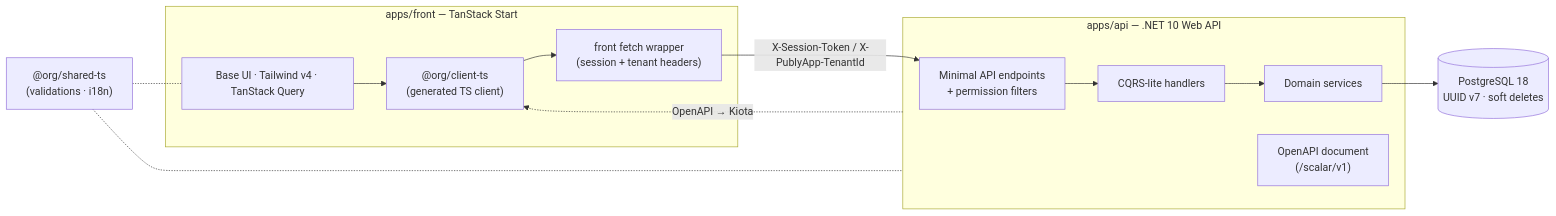
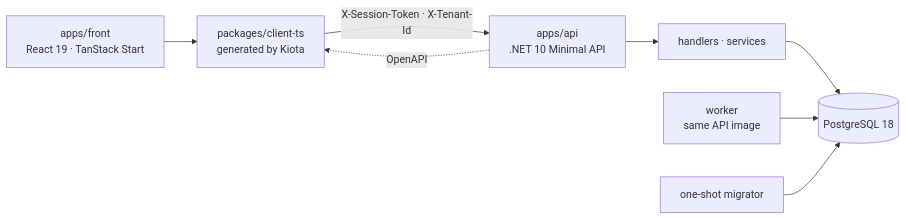
Before and after one commit to PublyApp/publyapp: the diagram in README.md, drawn with Mermaid. The commit also changed other lines of this file and 2 other files, not shown here.

First line of the commit message:
docs: revamp README for the Apache-2.0 open core (#2072)

````diff
--- a/README.md
+++ b/README.md
@@ -91,24 +108,17 @@
 ```mermaid
 flowchart LR
-    subgraph Client["apps/front — TanStack Start"]
-        UI["Base UI · Tailwind v4 · TanStack Query"]
-        TSClient["@org/client-ts\n(generated TS client)"]
-        FetchWrapper["front fetch wrapper\n(session + tenant headers)"]
-    end
+    Browser["apps/front<br/>React 19 · TanStack Start"]
+    Client["packages/client-ts<br/>generated by Kiota"]
+    API["apps/api<br/>.NET 10 Minimal API"]
+    Handlers["handlers · services"]
+    DB[("PostgreSQL 18")]
+    Worker["worker<br/>same API image"]
+    Migrator["one-shot migrator"]
 
-    subgraph Server["apps/api — .NET 10 Web API"]
-        Endpoints["Minimal API endpoints\n+ permission filters"]
-        Handlers["CQRS-lite handlers"]
-        Services["Domain services"]
-        OpenAPI["OpenAPI document\n(/scalar/v1)"]
-    end
-
-    DB[("PostgreSQL 18\nUUID v7 · soft deletes")]
-    Shared["@org/shared-ts\n(validations · i18n)"]
-
-    UI --> TSClient --> FetchWrapper -->|X-Session-Token / X-PublyApp-TenantId| Endpoints
-    Endpoints --> Handlers --> Services --> DB
-    Server -.->|OpenAPI → Kiota| TSClient
-    Shared -.- UI
-    Shared -.- Server
+    Browser --> Client
+    Client -->|X-Session-Token · X-Tenant-Id| API
+    API --> Handlers --> DB
+    Worker --> DB
+    Migrator --> DB
+    API -. OpenAPI .-> Client
 ```
````
